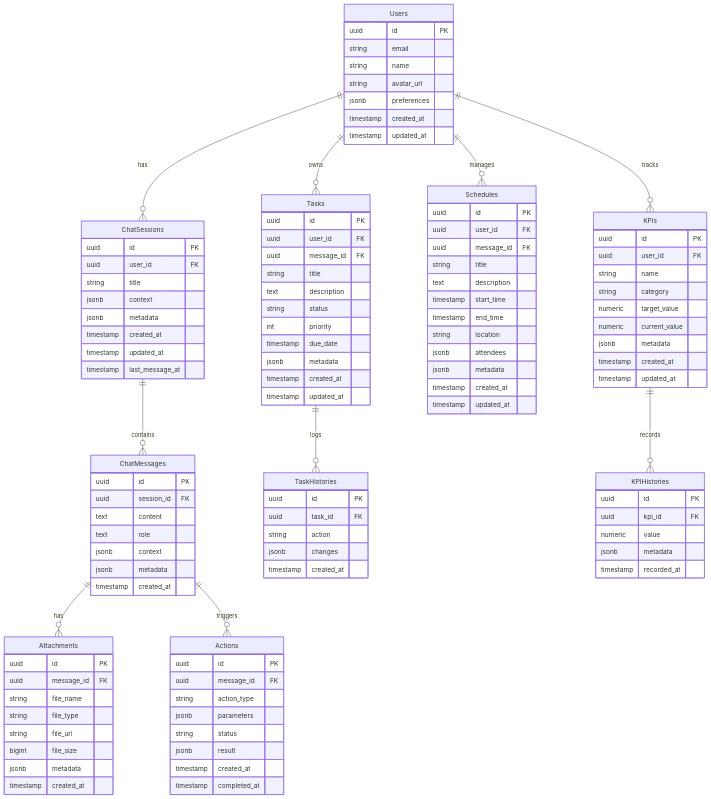
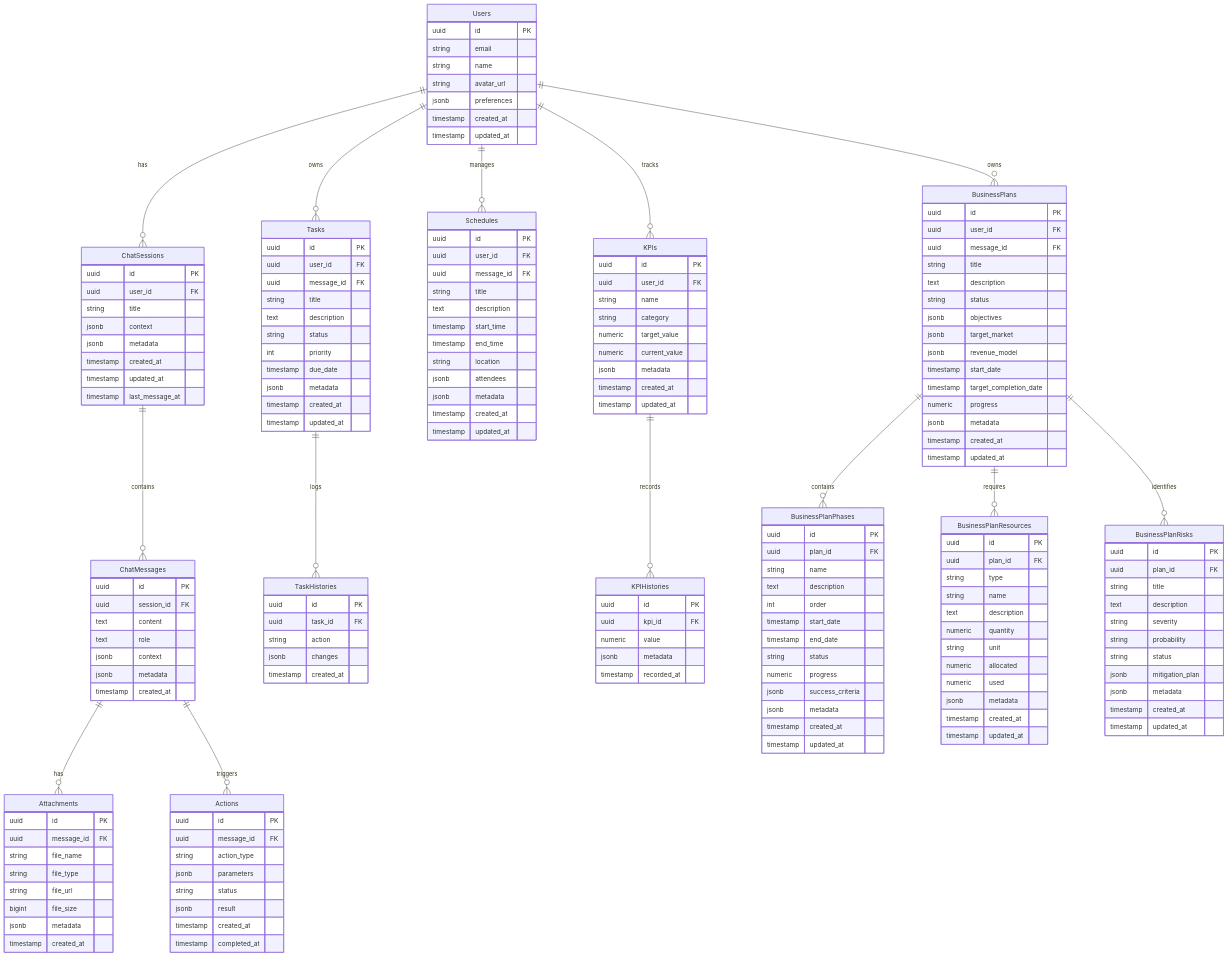
Before and after one commit to yu-Yoshiaki/coo-maeda: the diagram in docs/DATABASE.md, drawn with Mermaid. The commit also changed other lines of this file and 34 other files, not shown here.

````diff
--- a/docs/DATABASE.md
+++ b/docs/DATABASE.md
@@ -8,11 +8,15 @@
     Users ||--o{ Tasks : owns
     Users ||--o{ Schedules : manages
     Users ||--o{ KPIs : tracks
+    Users ||--o{ BusinessPlans : owns
     ChatSessions ||--o{ ChatMessages : contains
     ChatMessages ||--o{ Attachments : has
     ChatMessages ||--o{ Actions : triggers
     Tasks ||--o{ TaskHistories : logs
     KPIs ||--o{ KPIHistories : records
+    BusinessPlans ||--o{ BusinessPlanPhases : contains
+    BusinessPlans ||--o{ BusinessPlanResources : requires
+    BusinessPlans ||--o{ BusinessPlanRisks : identifies
 
     Users {
         uuid id PK
@@ -123,4 +127,67 @@
         jsonb metadata
         timestamp created_at
     }
+
+    BusinessPlans {
+        uuid id PK
+        uuid user_id FK
+        uuid message_id FK
+        string title
+        text description
+        string status
+        jsonb objectives
+        jsonb target_market
+        jsonb revenue_model
+        timestamp start_date
+        timestamp target_completion_date
+        numeric progress
+        jsonb metadata
+        timestamp created_at
+        timestamp updated_at
+    }
+
+    BusinessPlanPhases {
+        uuid id PK
+        uuid plan_id FK
+        string name
+        text description
+        int order
+        timestamp start_date
+        timestamp end_date
+        string status
+        numeric progress
+        jsonb success_criteria
+        jsonb metadata
+        timestamp created_at
+        timestamp updated_at
+    }
+
+    BusinessPlanResources {
+        uuid id PK
+        uuid plan_id FK
+        string type
+        string name
+        text description
+        numeric quantity
+        string unit
+        numeric allocated
+        numeric used
+        jsonb metadata
+        timestamp created_at
+        timestamp updated_at
+    }
+
+    BusinessPlanRisks {
+        uuid id PK
+        uuid plan_id FK
+        string title
+        text description
+        string severity
+        string probability
+        string status
+        jsonb mitigation_plan
+        jsonb metadata
+        timestamp created_at
+        timestamp updated_at
+    }
 ```
````
